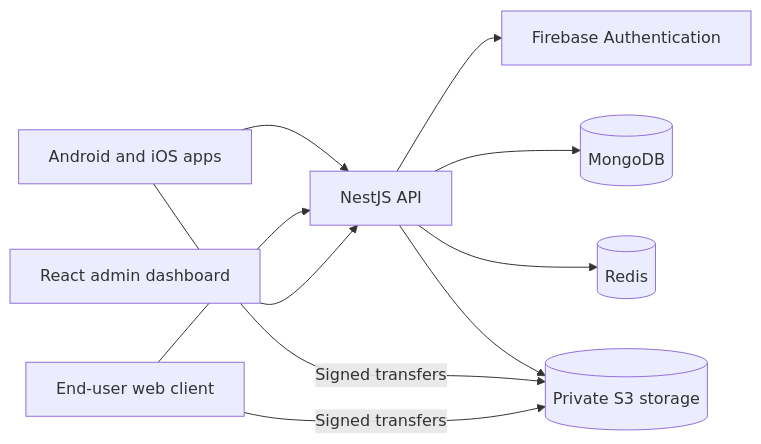
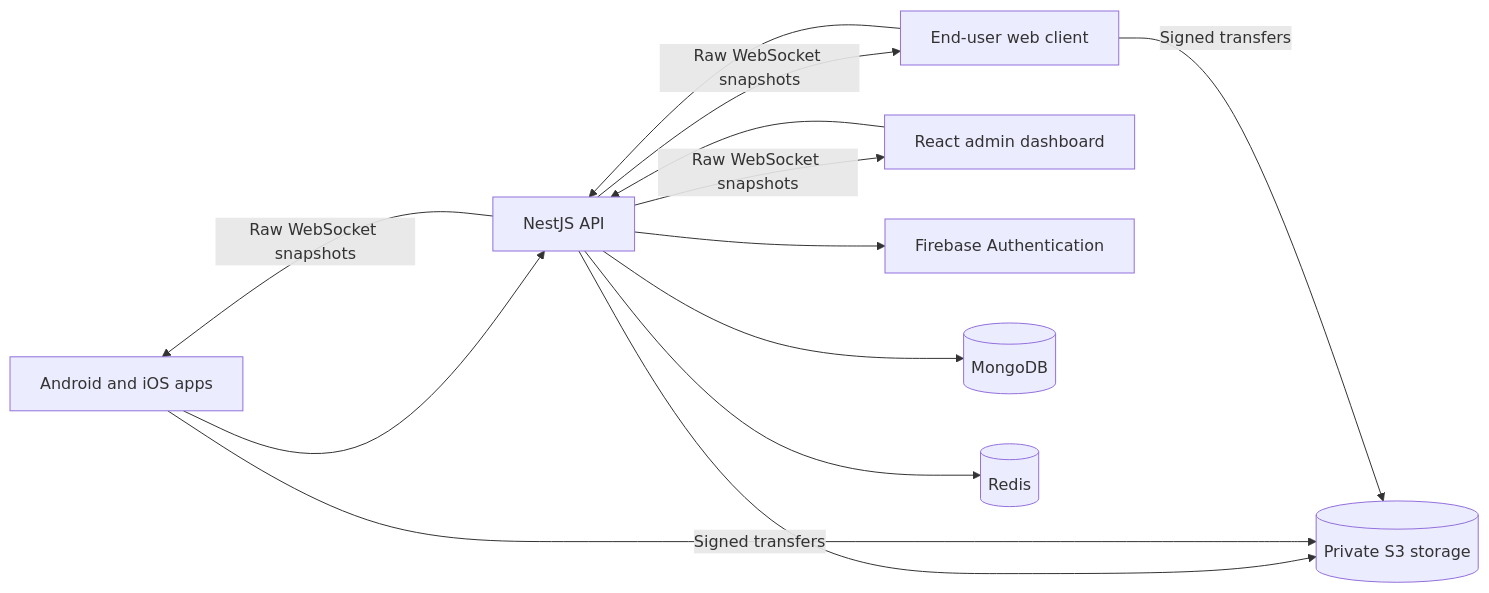
The diagram in README.md (hatemragab/music_mute), drawn with Mermaid before and after one commit. The commit also changed other lines of this file and 157 other files, not shown here.

````diff
--- a/README.md
+++ b/README.md
@@ -30,12 +32,15 @@
 ```mermaid
 flowchart LR
     Apps[Android and iOS apps] --> API[NestJS API]
     Web[End-user web client] --> API
     Dashboard[React admin dashboard] --> API
+    API -->|Raw WebSocket snapshots| Apps
+    API -->|Raw WebSocket snapshots| Web
+    API -->|Raw WebSocket snapshots| Dashboard
     API --> Firebase[Firebase Authentication]
     API --> MongoDB[(MongoDB)]
     API --> Redis[(Redis)]
     API --> S3[(Private S3 storage)]
     Apps -->|Signed transfers| S3
     Web -->|Signed transfers| S3
 ```
````
